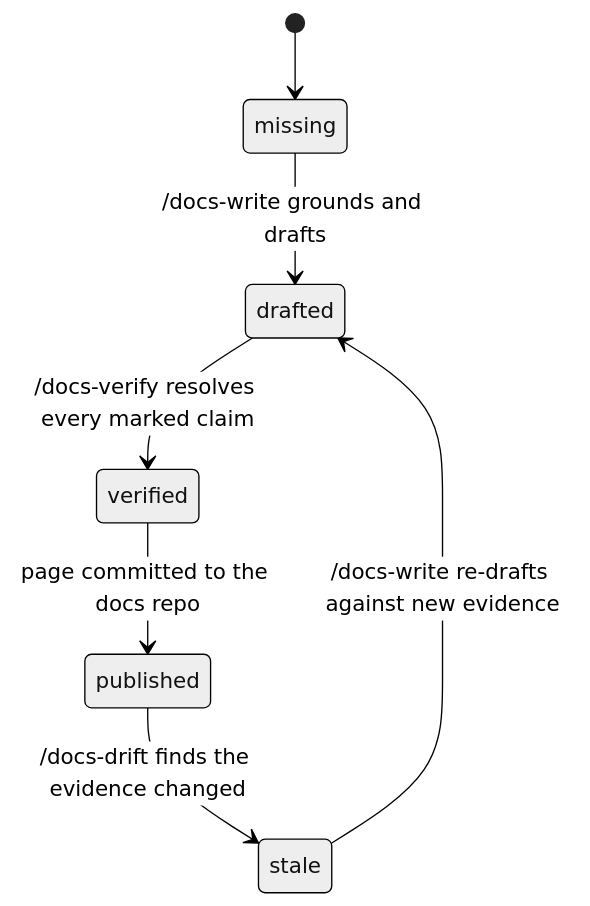
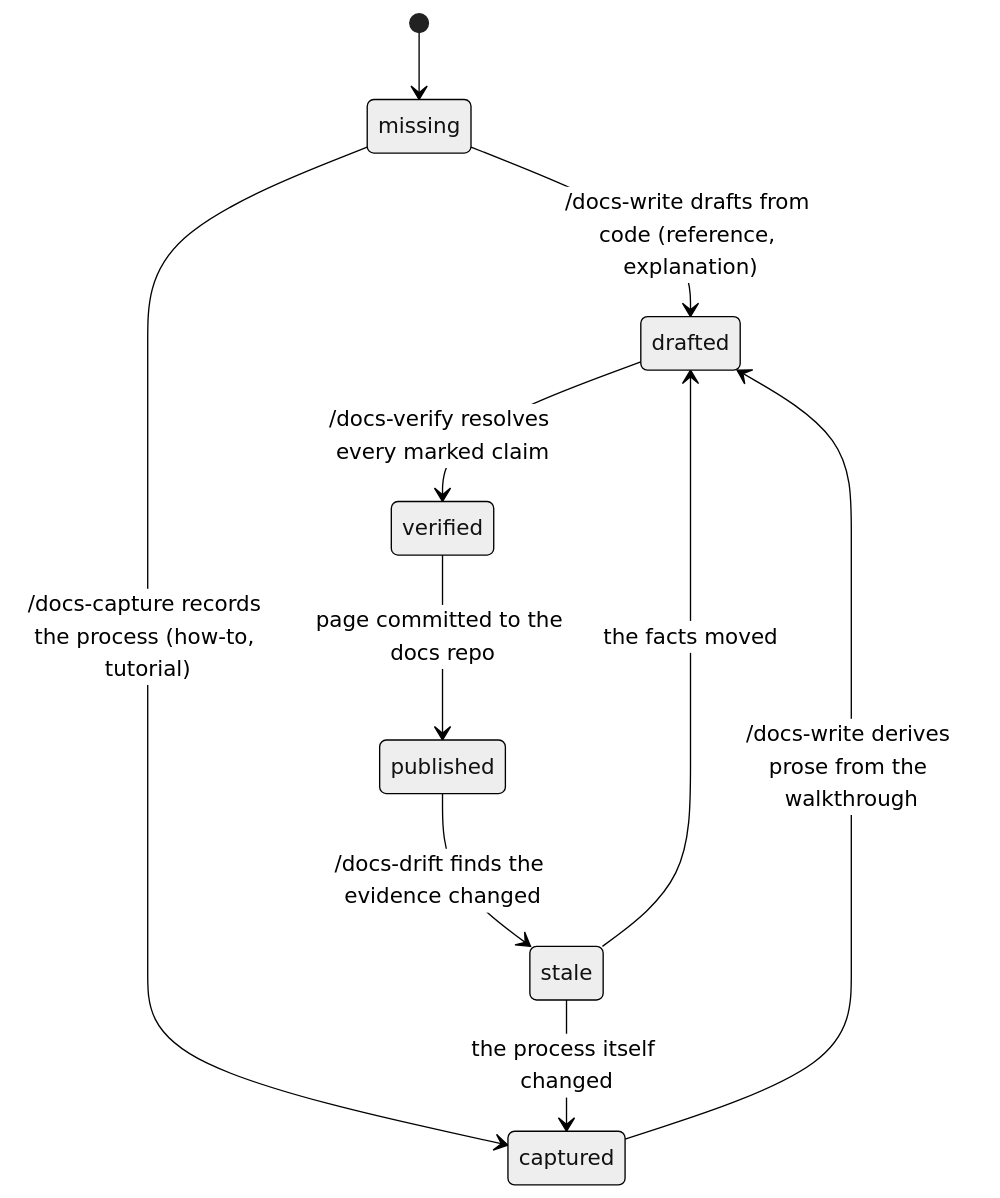
One commit to ihudak/ihudak-claude-plugins changed the second of 3 diagrams in docs/superpowers/specs/2026-08-29-docs-workflow-family-design.md. Above: the diagram before and after it, drawn with Mermaid (neutral theme). The commit also changed other lines of this file, not shown here.

````diff
--- a/docs/superpowers/specs/2026-08-29-docs-workflow-family-design.md
+++ b/docs/superpowers/specs/2026-08-29-docs-workflow-family-design.md
@@ -860,9 +907,12 @@
 ```mermaid
 stateDiagram-v2
     [*] --> missing
-    missing --> drafted: /docs-write grounds and drafts
+    missing --> drafted: /docs-write drafts from code (reference, explanation)
+    missing --> captured: /docs-capture records the process (how-to, tutorial)
+    captured --> drafted: /docs-write derives prose from the walkthrough
     drafted --> verified: /docs-verify resolves every marked claim
     verified --> published: page committed to the docs repo
     published --> stale: /docs-drift finds the evidence changed
-    stale --> drafted: /docs-write re-drafts against new evidence
+    stale --> drafted: the facts moved
+    stale --> captured: the process itself changed
 ```
````
